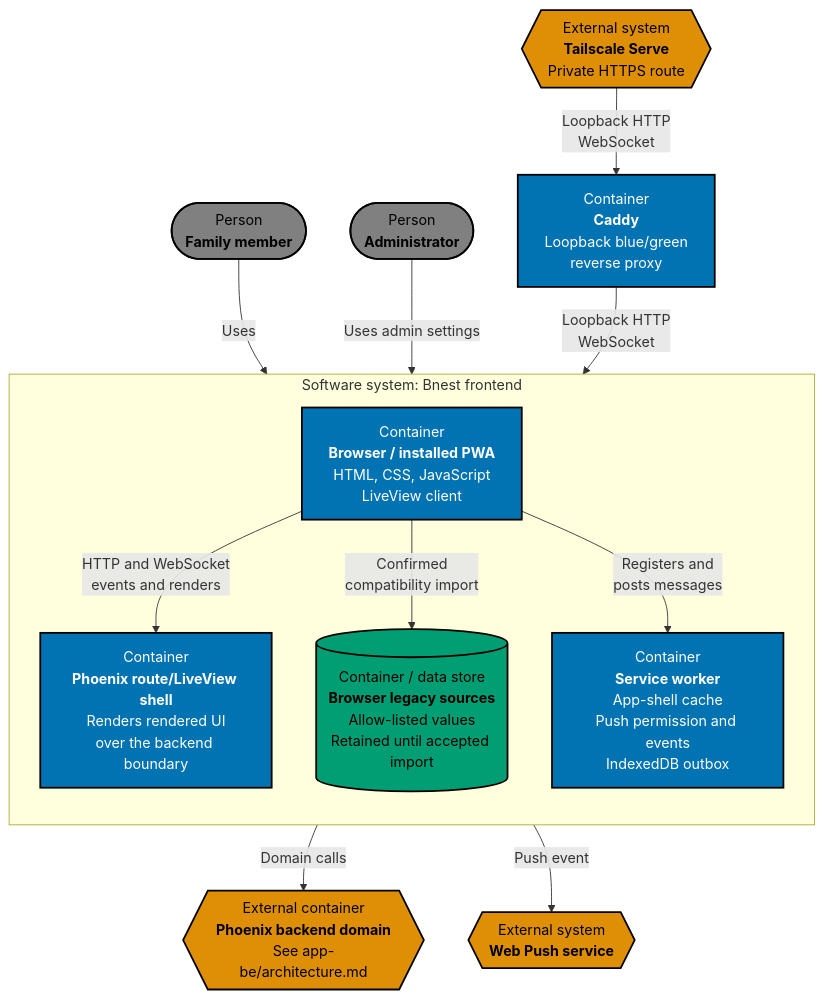
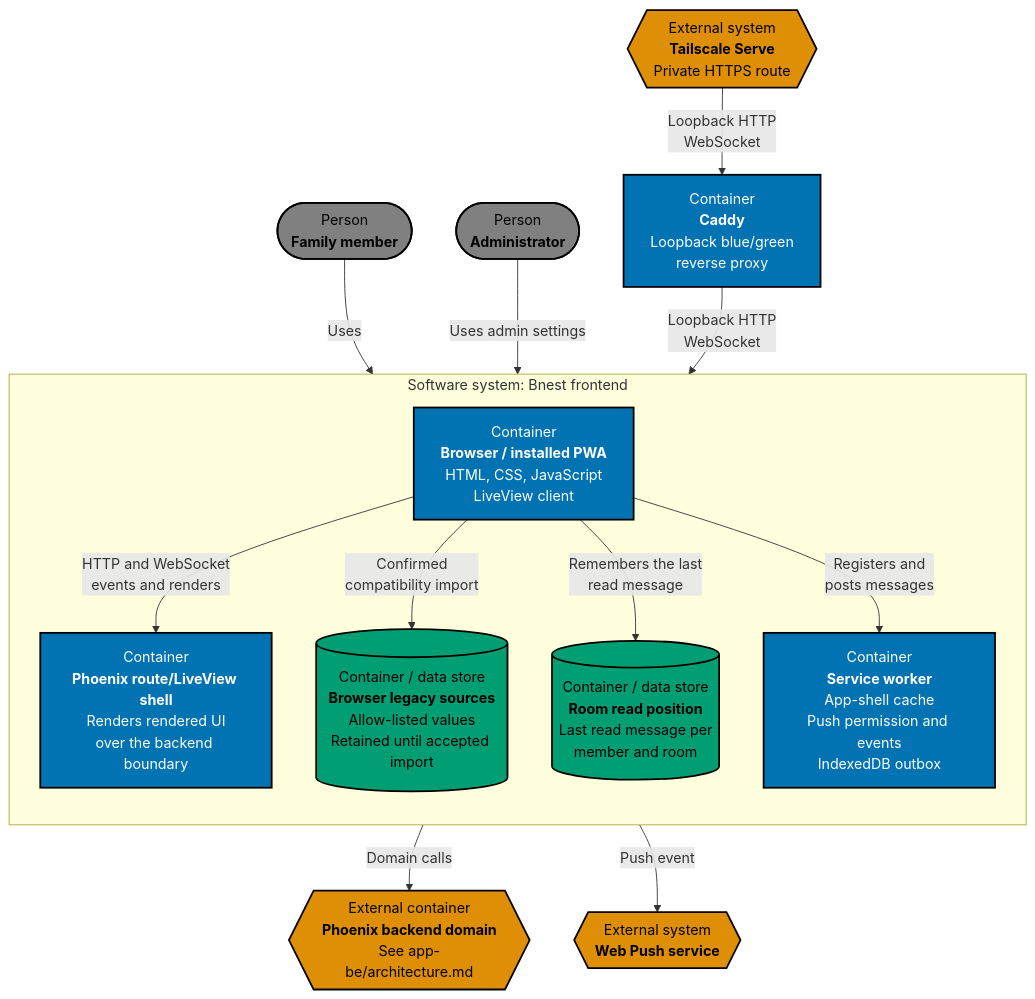
Before and after one commit to wahidyankf/beaver-nest: the second of 3 diagrams in specs/apps/bnest/app-fe/architecture.md, drawn with Mermaid. The commit also changed other lines of this file and 2 other files, not shown here.

First line of the commit message:
docs(bnest): record the family chat room's resume and composer behaviour

````diff
--- a/specs/apps/bnest/app-fe/architecture.md
+++ b/specs/apps/bnest/app-fe/architecture.md
@@ -51,38 +51,40 @@
 ```mermaid
 flowchart TB
     visitor(["Person<br/><b>Family member</b>"])
     admin(["Person<br/><b>Administrator</b>"])
     tailscale{{"External system<br/><b>Tailscale Serve</b><br/>Private HTTPS route"}}
     caddy["Container<br/><b>Caddy</b><br/>Loopback blue/green<br/>reverse proxy"]
     backend{{"External container<br/><b>Phoenix backend domain</b><br/>See app-be/architecture.md"}}
     webpush{{"External system<br/><b>Web Push service</b>"}}
 
     subgraph frontend["Software system: Bnest frontend"]
         direction TB
         browser["Container<br/><b>Browser / installed PWA</b><br/>HTML, CSS, JavaScript<br/>LiveView client"]
         legacy[("Container / data store<br/><b>Browser legacy sources</b><br/>Allow-listed values<br/>Retained until accepted import")]
+        readmarker[("Container / data store<br/><b>Room read position</b><br/>Last read message per<br/>member and room")]
         routes["Container<br/><b>Phoenix route/LiveView shell</b><br/>Renders rendered UI<br/>over the backend boundary"]
         worker["Container<br/><b>Service worker</b><br/>App-shell cache<br/>Push permission and events<br/>IndexedDB outbox"]
 
         browser -->|HTTP and WebSocket<br/>events and renders| routes
         browser -->|Confirmed<br/>compatibility import| legacy
+        browser -->|Remembers the last<br/>read message| readmarker
         browser -->|Registers and<br/>posts messages| worker
     end
 
     visitor -->|Uses| browser
     admin -->|Uses admin settings| browser
     tailscale -->|Loopback HTTP<br/>WebSocket| caddy
     caddy -->|Loopback HTTP<br/>WebSocket| routes
     routes -->|Domain calls| backend
     worker -->|Push event| webpush
 
     classDef person fill:#808080,stroke:#000000,color:#000000,stroke-width:2px
     classDef container fill:#0173B2,stroke:#000000,color:#FFFFFF,stroke-width:2px
     classDef data fill:#029E73,stroke:#000000,color:#000000,stroke-width:2px
     classDef external fill:#DE8F05,stroke:#000000,color:#000000,stroke-width:2px
     class visitor,admin person
     class browser,routes,worker container
-    class legacy data
+    class legacy,readmarker data
     class tailscale,backend,webpush external
     class caddy container
 ```
````
